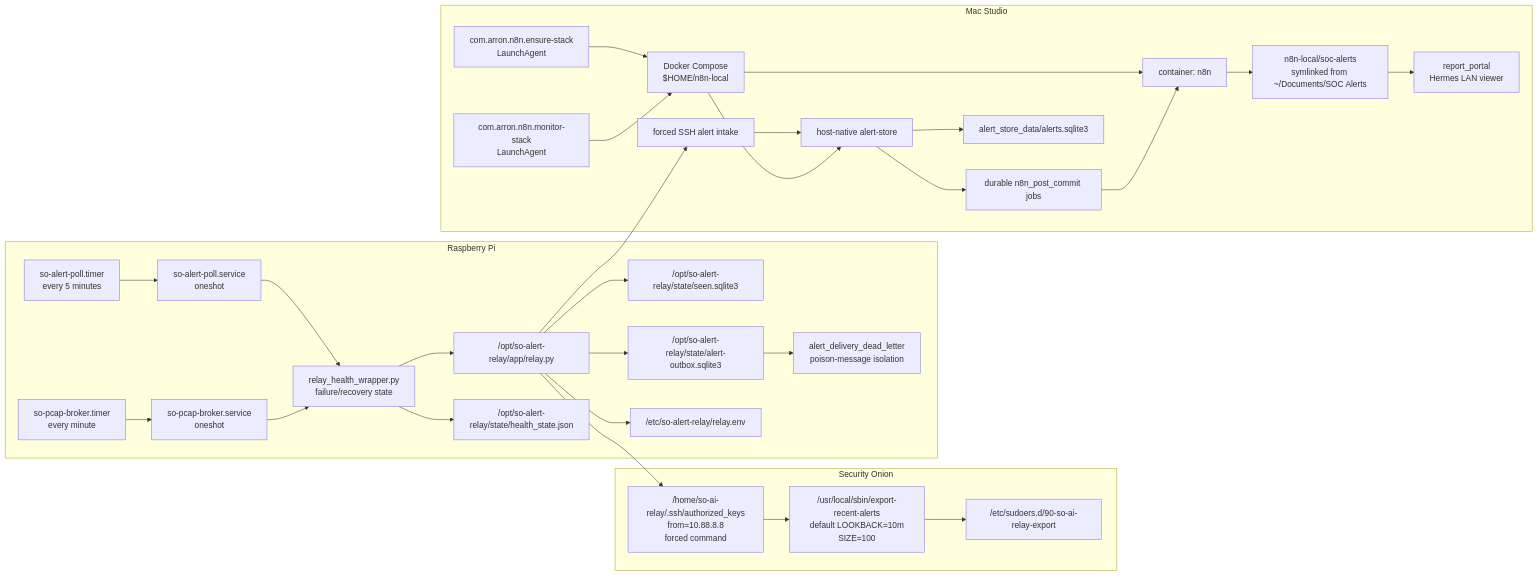
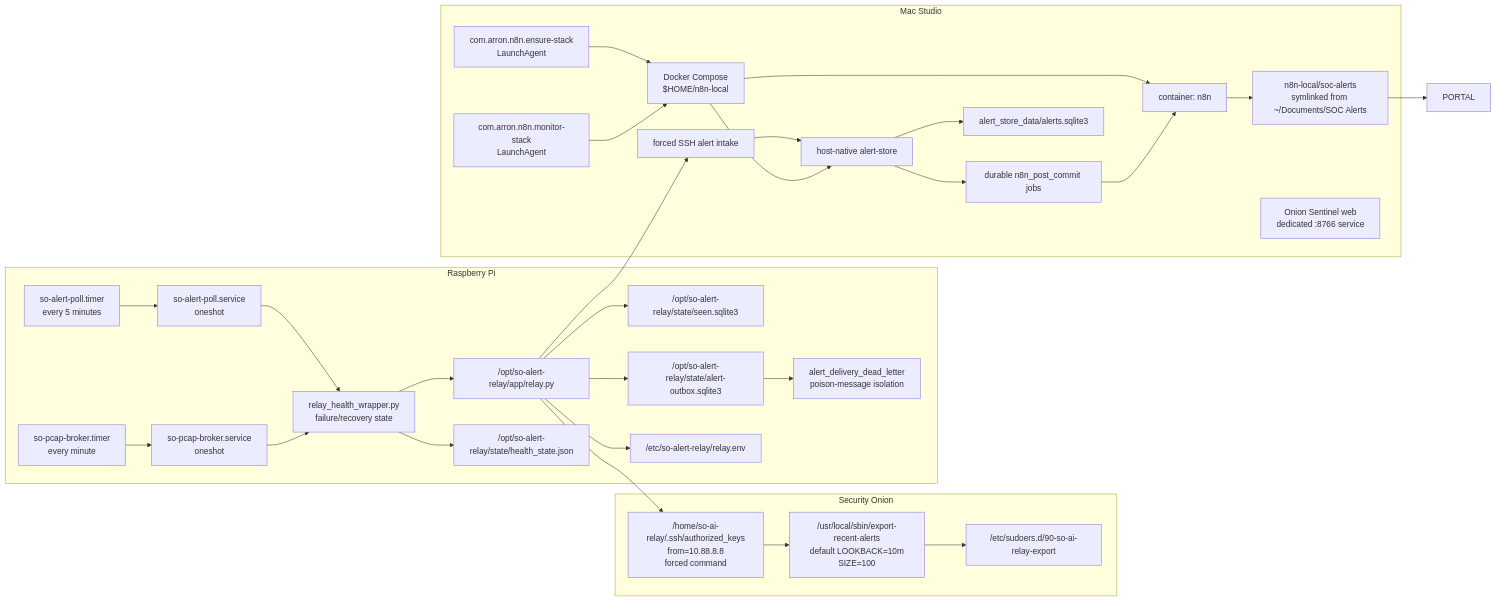
One commit to ArronJablonowski/OnionSentinel changed the third of 5 diagrams in docs/security-onion-relay-architecture.md. Above: the diagram before and after it, drawn with Mermaid. The commit also changed other lines of this file and 40 other files, not shown here.

````diff
--- a/docs/security-onion-relay-architecture.md
+++ b/docs/security-onion-relay-architecture.md
@@ -77,56 +77,56 @@
 ```mermaid
 flowchart LR
   subgraph "Security Onion"
     WRAP["/usr/local/sbin/export-recent-alerts<br/>default LOOKBACK=10m<br/>SIZE=100"]
     AK["/home/so-ai-relay/.ssh/authorized_keys<br/>from=10.88.8.8<br/>forced command"]
     SUDO["/etc/sudoers.d/90-so-ai-relay-export"]
   end
 
   subgraph "Raspberry Pi"
     ATIMER["so-alert-poll.timer<br/>every 5 minutes"]
     ASERVICE["so-alert-poll.service<br/>oneshot"]
     PTIMER["so-pcap-broker.timer<br/>every minute"]
     PSERVICE["so-pcap-broker.service<br/>oneshot"]
     HEALTH["relay_health_wrapper.py<br/>failure/recovery state"]
     APP["/opt/so-alert-relay/app/relay.py"]
     STATE["/opt/so-alert-relay/state/seen.sqlite3"]
     OUTBOX["/opt/so-alert-relay/state/alert-outbox.sqlite3"]
     DEAD["alert_delivery_dead_letter<br/>poison-message isolation"]
     HSTATE["/opt/so-alert-relay/state/health_state.json"]
     ENV["/etc/so-alert-relay/relay.env"]
   end
 
   subgraph "Mac Studio"
     ENSURE["com.arron.n8n.ensure-stack<br/>LaunchAgent"]
     MONITOR["com.arron.n8n.monitor-stack<br/>LaunchAgent"]
     DOCKER["Docker Compose<br/>$HOME/n8n-local"]
     N8NC["container: n8n"]
     INTAKE["forced SSH alert intake"]
     STOREC["host-native alert-store"]
     POSTCOMMIT["durable n8n_post_commit jobs"]
     DB["alert_store_data/alerts.sqlite3"]
     REPORTS["n8n-local/soc-alerts<br/>symlinked from ~/Documents/SOC Alerts"]
-    PORTAL["report_portal<br/>Hermes LAN viewer"]
+    DASH["Onion Sentinel web<br/>dedicated :8766 service"]
   end
 
   ATIMER --> ASERVICE --> HEALTH --> APP
   PTIMER --> PSERVICE --> HEALTH
   HEALTH --> HSTATE
   APP --> STATE
   APP --> OUTBOX
   OUTBOX --> DEAD
   APP --> ENV
   APP --> AK
   AK --> WRAP
   WRAP --> SUDO
   APP --> INTAKE
   INTAKE --> STOREC
   ENSURE --> DOCKER
   MONITOR --> DOCKER
   DOCKER --> N8NC
   DOCKER --> STOREC
   STOREC --> DB
   STOREC --> POSTCOMMIT --> N8NC
   N8NC --> REPORTS
   REPORTS --> PORTAL
 ```
````
